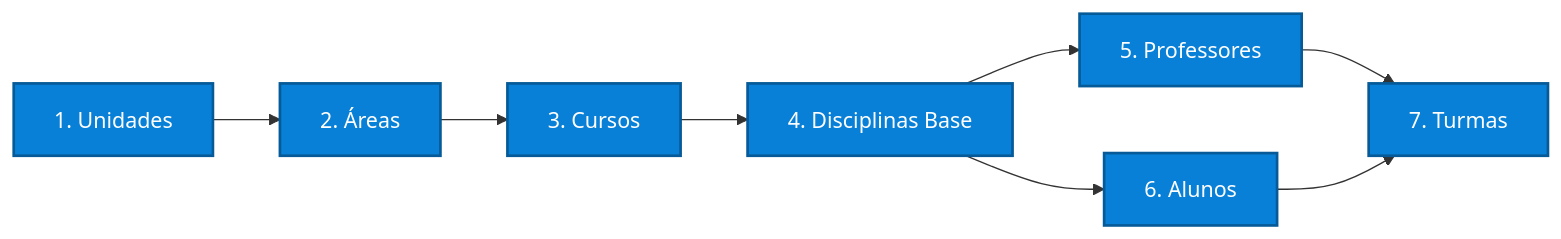
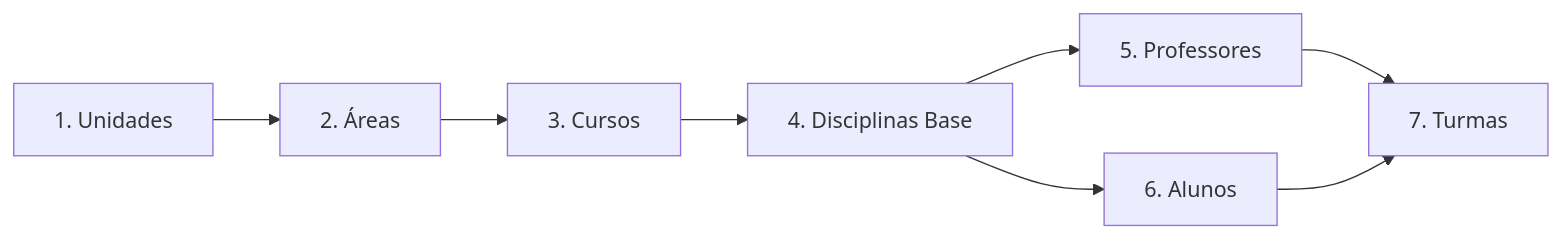
One commit to ldasistemas/proextend-integration-docs changed the first of 2 diagrams in docs/fluxo-de-sincronizacao.md. Above: the diagram before and after it, drawn with Mermaid. The commit also changed other lines of this file and 9 other files, not shown here.

Commit message:
feat: remover estilos obsoletos de diagramas e atualizar classes para melhor semântica nos componentes de sidebar

````diff
--- a/docs/fluxo-de-sincronizacao.md
+++ b/docs/fluxo-de-sincronizacao.md
@@ -20,18 +20,11 @@
 ```mermaid
 flowchart LR
     A[1. Unidades] --> B[2. Áreas]
     B --> C[3. Cursos]
     C --> D[4. Disciplinas Base]
     D --> E[5. Professores]
     D --> F[6. Alunos]
     E --> G[7. Turmas]
     F --> G
 
-    style A fill:#0980D8,stroke:#065a97,stroke-width:2px,color:#fff
-    style B fill:#0980D8,stroke:#065a97,stroke-width:2px,color:#fff
-    style C fill:#0980D8,stroke:#065a97,stroke-width:2px,color:#fff
-    style D fill:#0980D8,stroke:#065a97,stroke-width:2px,color:#fff
-    style E fill:#0980D8,stroke:#065a97,stroke-width:2px,color:#fff
-    style F fill:#0980D8,stroke:#065a97,stroke-width:2px,color:#fff
-    style G fill:#0980D8,stroke:#065a97,stroke-width:2px,color:#fff
 ```
````
